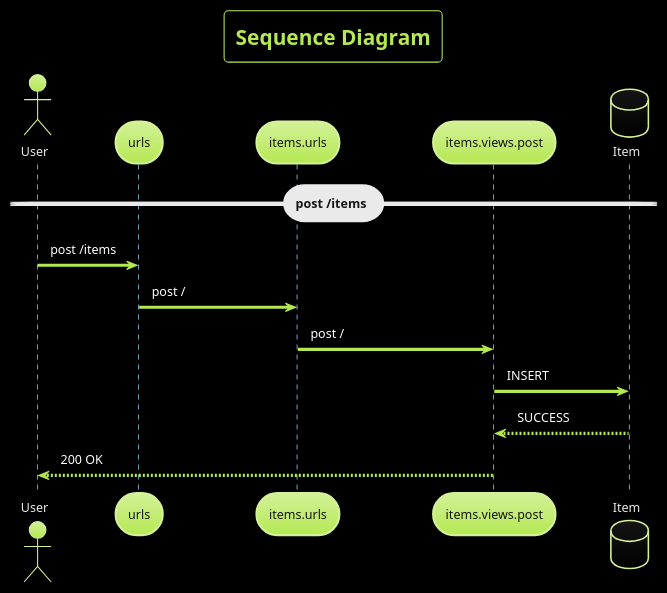
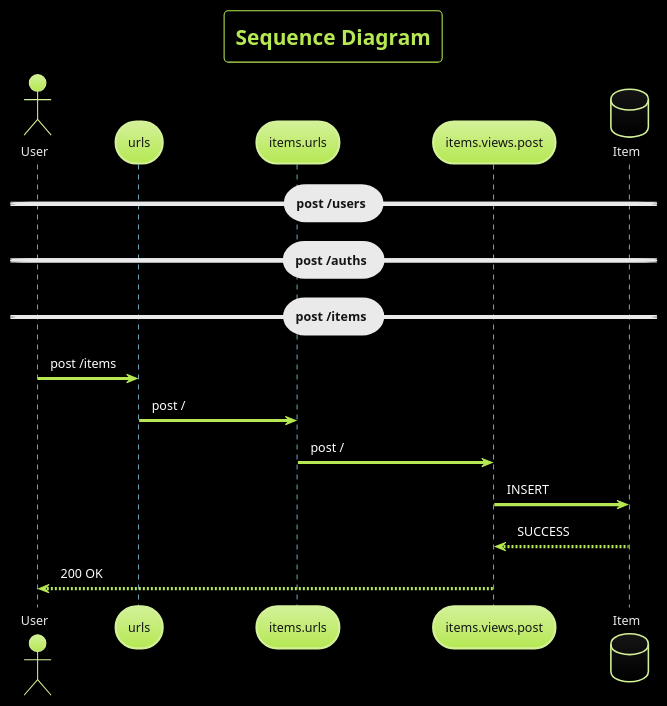
One commit to AdityaShenoy/FlipCart changed the fourth of 4 diagrams in design.plantuml. Above: the diagram before and after it, drawn with PlantUML. The commit also changed other lines of this file, not shown here.

Commit message:
docs: add api dependencies in design for testing reference

```diff
--- a/design.plantuml
+++ b/design.plantuml
@@ -69,20 +70,22 @@
 @startuml 4
 
     !theme hacker
     skinparam BackgroundColor black
     title "Sequence Diagram"
 
     actor User
     participant urls
     participant items.urls
     participant items.views.post
     database Item
 
+    == post /users ==
+    == post /auths ==
     == post /items ==
     User             ->  urls             : post /items
     urls             ->  items.urls       : post /
     items.urls       ->  items.views.post : post /
     items.views.post ->  Item             : INSERT
     items.views.post <-- Item             : SUCCESS
     User             <-- items.views.post : 200 OK
 @enduml
```
